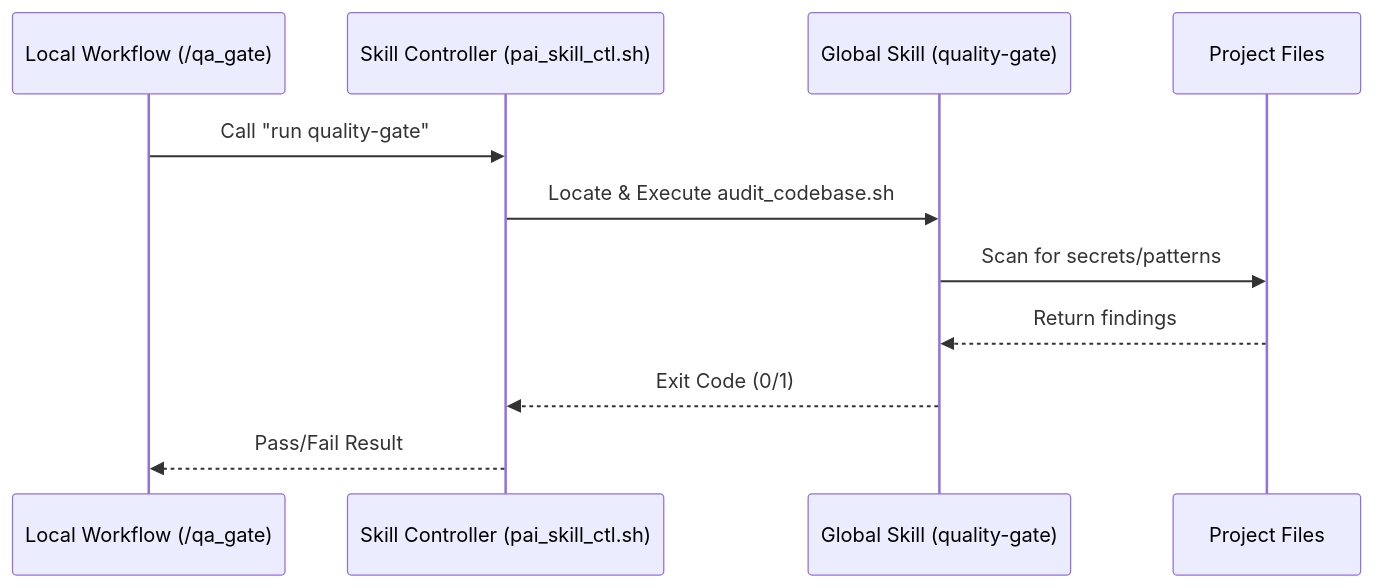
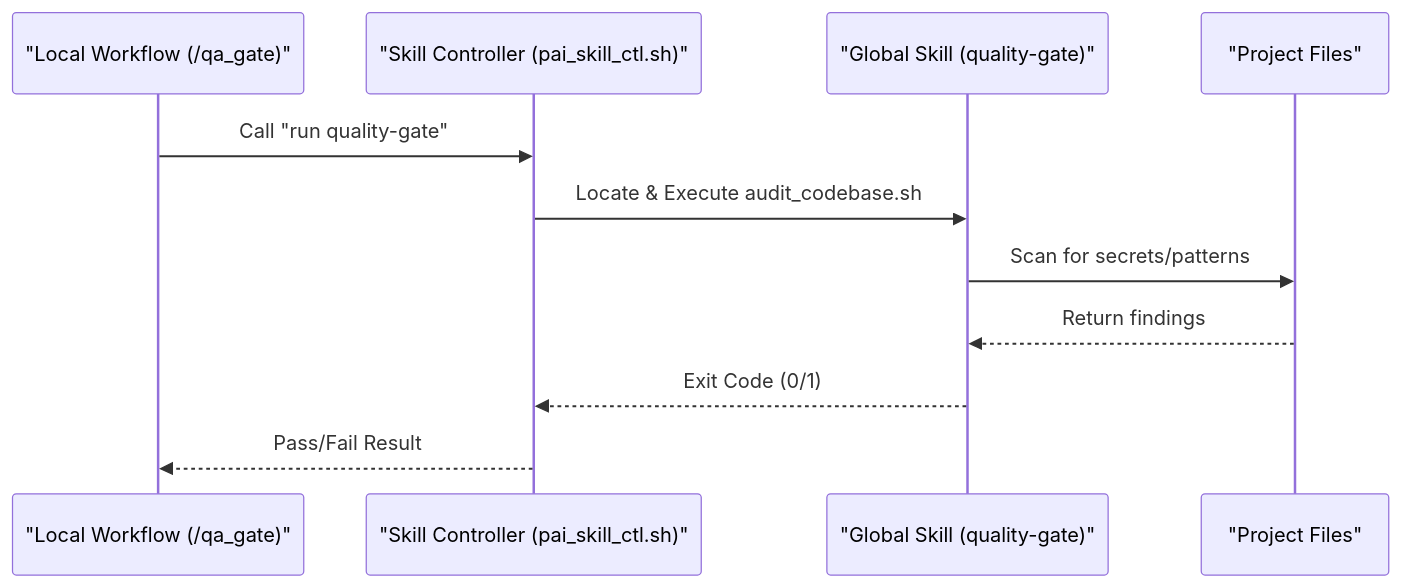
One commit to akashagl92/Portfolio changed the first of 5 diagrams in .pai/docs/SYSTEM_ARCHITECTURE.md. Above: the diagram before and after it, drawn with Mermaid. The commit also changed other lines of this file, not shown here.

Commit message:
fix: quote mermaid labels for GitHub compatibility

````diff
--- a/.pai/docs/SYSTEM_ARCHITECTURE.md
+++ b/.pai/docs/SYSTEM_ARCHITECTURE.md
@@ -36,14 +36,14 @@
 ```mermaid
 sequenceDiagram
-    participant W as Local Workflow (/qa_gate)
-    participant C as Skill Controller (pai_skill_ctl.sh)
-    participant S as Global Skill (quality-gate)
-    participant P as Project Files
+    participant W as "Local Workflow (/qa_gate)"
+    participant C as "Skill Controller (pai_skill_ctl.sh)"
+    participant S as "Global Skill (quality-gate)"
+    participant P as "Project Files"
 
     W->>C: Call "run quality-gate"
     C->>S: Locate & Execute audit_codebase.sh
     S->>P: Scan for secrets/patterns
     P-->>S: Return findings
     S-->>C: Exit Code (0/1)
     C-->>W: Pass/Fail Result
 ```
````
